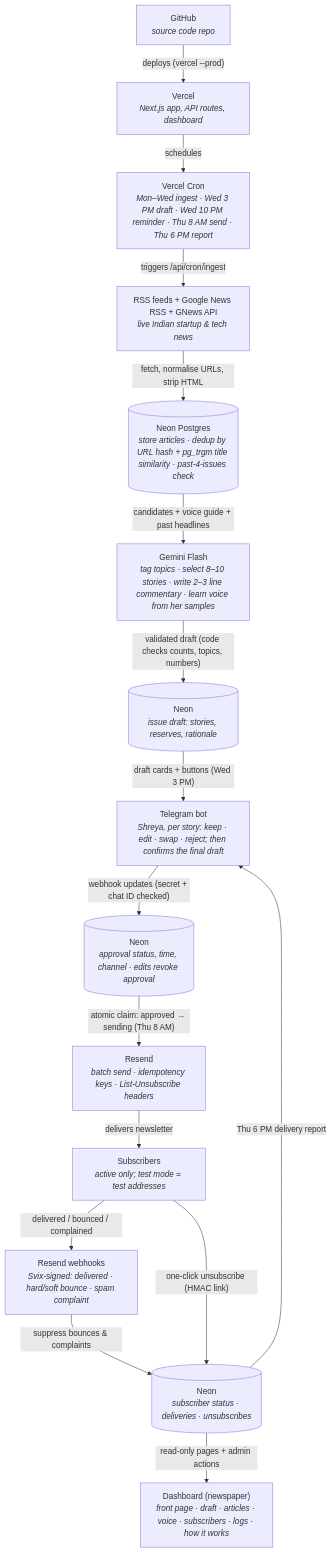
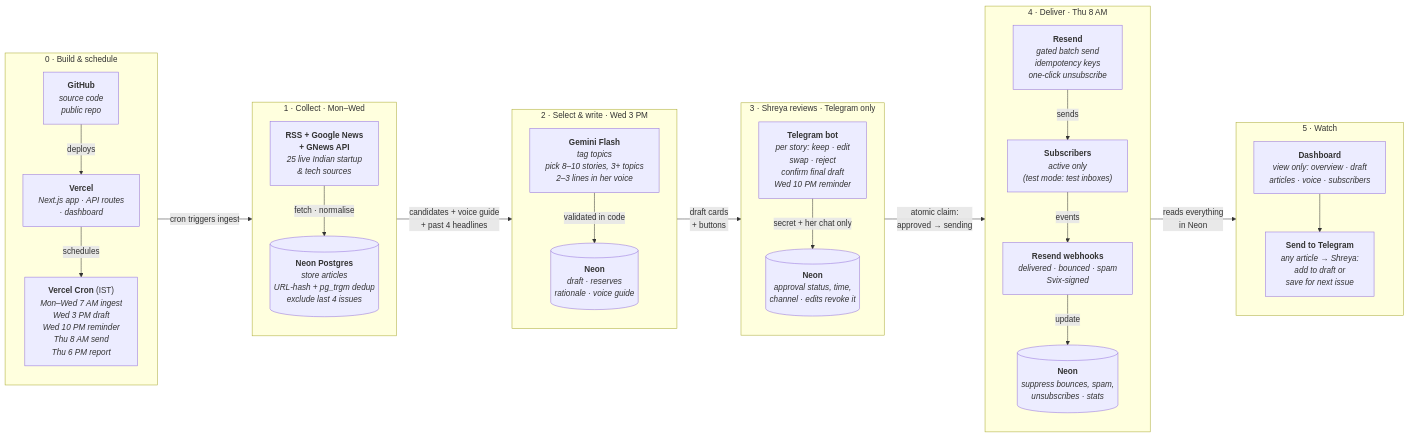
Before and after one commit to helenamaria-byte/shreya: the diagram in docs/components-map.mmd, drawn with Mermaid. The commit also changed 7 other files, not shown here.

```diff
--- a/docs/components-map.mmd
+++ b/docs/components-map.mmd
@@ -1,16 +1,51 @@
-flowchart TB
-  GH["GitHub<br/><i>source code repo</i>"] -- "deploys (vercel --prod)" --> V["Vercel<br/><i>Next.js app, API routes, dashboard</i>"]
-  V -- "schedules" --> CRON["Vercel Cron<br/><i>Mon–Wed ingest · Wed 3 PM draft · Wed 10 PM reminder · Thu 8 AM send · Thu 6 PM report</i>"]
-  CRON -- "triggers /api/cron/ingest" --> SRC["RSS feeds + Google News RSS + GNews API<br/><i>live Indian startup & tech news</i>"]
-  SRC -- "fetch, normalise URLs, strip HTML" --> NEON1[("Neon Postgres<br/><i>store articles · dedup by URL hash + pg_trgm title similarity · past-4-issues check</i>")]
-  NEON1 -- "candidates + voice guide + past headlines" --> GEM["Gemini Flash<br/><i>tag topics · select 8–10 stories · write 2–3 line commentary · learn voice from her samples</i>"]
-  GEM -- "validated draft (code checks counts, topics, numbers)" --> NEON2[("Neon<br/><i>issue draft: stories, reserves, rationale</i>")]
-  NEON2 -- "draft cards + buttons (Wed 3 PM)" --> TG["Telegram bot<br/><i>Shreya, per story: keep · edit · swap · reject; then confirms the final draft</i>"]
-  TG -- "webhook updates (secret + chat ID checked)" --> NEON3[("Neon<br/><i>approval status, time, channel · edits revoke approval</i>")]
-  NEON3 -- "atomic claim: approved → sending (Thu 8 AM)" --> RS["Resend<br/><i>batch send · idempotency keys · List-Unsubscribe headers</i>"]
-  RS -- "delivers newsletter" --> SUB["Subscribers<br/><i>active only; test mode = test addresses</i>"]
-  SUB -- "delivered / bounced / complained" --> RWH["Resend webhooks<br/><i>Svix-signed: delivered · hard/soft bounce · spam complaint</i>"]
-  RWH -- "suppress bounces & complaints" --> NEON4[("Neon<br/><i>subscriber status · deliveries · unsubscribes</i>")]
-  SUB -- "one-click unsubscribe (HMAC link)" --> NEON4
-  NEON4 -- "Thu 6 PM delivery report" --> TG
-  NEON4 -- "read-only pages + admin actions" --> DASH["Dashboard (newspaper)<br/><i>front page · draft · articles · voice · subscribers · logs · how it works</i>"]
+flowchart LR
+  subgraph S0["0 · Build & schedule"]
+    direction TB
+    GH["<b>GitHub</b><br/><i>source code<br/>public repo</i>"]
+    V["<b>Vercel</b><br/><i>Next.js app · API routes<br/>· dashboard</i>"]
+    CRON["<b>Vercel Cron</b> (IST)<br/><i>Mon–Wed 7 AM ingest<br/>Wed 3 PM draft<br/>Wed 10 PM reminder<br/>Thu 8 AM send<br/>Thu 6 PM report</i>"]
+    GH -- "deploys" --> V -- "schedules" --> CRON
+  end
+
+  subgraph S1["1 · Collect · Mon–Wed"]
+    direction TB
+    SRC["<b>RSS + Google News<br/>+ GNews API</b><br/><i>25 live Indian startup<br/>& tech sources</i>"]
+    N1[("<b>Neon Postgres</b><br/><i>store articles<br/>URL-hash + pg_trgm dedup<br/>exclude last 4 issues</i>")]
+    SRC -- "fetch · normalise" --> N1
+  end
+
+  subgraph S2["2 · Select & write · Wed 3 PM"]
+    direction TB
+    GEM["<b>Gemini Flash</b><br/><i>tag topics<br/>pick 8–10 stories, 3+ topics<br/>2–3 lines in her voice</i>"]
+    N2[("<b>Neon</b><br/><i>draft · reserves<br/>rationale · voice guide</i>")]
+    GEM -- "validated in code" --> N2
+  end
+
+  subgraph S3["3 · Shreya reviews · Telegram only"]
+    direction TB
+    TG["<b>Telegram bot</b><br/><i>per story: keep · edit<br/>swap · reject<br/>confirm final draft<br/>Wed 10 PM reminder</i>"]
+    N3[("<b>Neon</b><br/><i>approval status, time,<br/>channel · edits revoke it</i>")]
+    TG -- "secret + her chat only" --> N3
+  end
+
+  subgraph S4["4 · Deliver · Thu 8 AM"]
+    direction TB
+    RS["<b>Resend</b><br/><i>gated batch send<br/>idempotency keys<br/>one-click unsubscribe</i>"]
+    SUB["<b>Subscribers</b><br/><i>active only<br/>(test mode: test inboxes)</i>"]
+    WH["<b>Resend webhooks</b><br/><i>delivered · bounced · spam<br/>Svix-signed</i>"]
+    N4[("<b>Neon</b><br/><i>suppress bounces, spam,<br/>unsubscribes · stats</i>")]
+    RS -- "sends" --> SUB -- "events" --> WH -- "update" --> N4
+  end
+
+  subgraph S5["5 · Watch"]
+    direction TB
+    DASH["<b>Dashboard</b><br/><i>view only: overview · draft<br/>articles · voice · subscribers</i>"]
+    BACK["<b>Send to Telegram</b><br/><i>any article → Shreya:<br/>add to draft or<br/>save for next issue</i>"]
+    DASH --> BACK
+  end
+
+  S0 -- "cron triggers ingest" --> S1
+  S1 -- "candidates + voice guide<br/>+ past 4 headlines" --> S2
+  S2 -- "draft cards<br/>+ buttons" --> S3
+  S3 -- "atomic claim:<br/>approved → sending" --> S4
+  S4 -- "reads everything<br/>in Neon" --> S5
```
